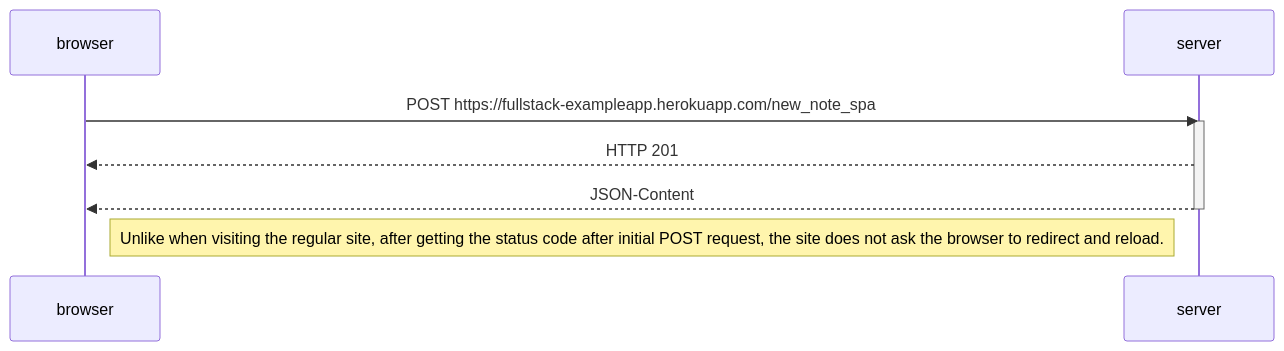
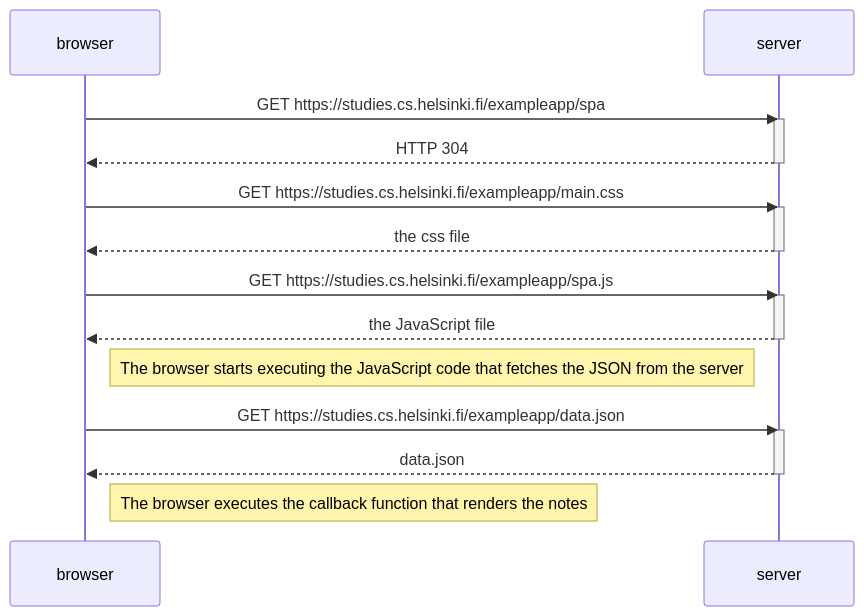
Before and after one commit to noreasonpng/FullStack_PalautusRepo: the diagram in Osa0/0.5.md, drawn with Mermaid.

````diff
--- a/Osa0/0.5.md
+++ b/Osa0/0.5.md
@@ -1,14 +1,30 @@
 ```mermaid
 sequenceDiagram
     participant browser
     participant server
     
-    browser->>server: POST https://fullstack-exampleapp.herokuapp.com/new_note_spa
+    browser->>server: GET https://studies.cs.helsinki.fi/exampleapp/spa
     activate server
-    server-->>browser: HTTP 201
-    server-->>browser: JSON-Content
+    server-->>browser: HTTP 304
     deactivate server
+    
+    browser->>server: GET https://studies.cs.helsinki.fi/exampleapp/main.css
+    activate server
+    server-->>browser: the css file
+    deactivate server
+    
+    browser->>server: GET https://studies.cs.helsinki.fi/exampleapp/spa.js
+    activate server
+    server-->>browser: the JavaScript file
+    deactivate server
+    
+    Note right of browser: The browser starts executing the JavaScript code that fetches the JSON from the server
+    
+    browser->>server: GET https://studies.cs.helsinki.fi/exampleapp/data.json
+    activate server
+    server-->>browser: data.json
+    deactivate server    
 
-    Note right of browser: Unlike when visiting the regular site, after getting the status code after initial POST request, the site does not ask the browser to redirect and reload.
+    Note right of browser: The browser executes the callback function that renders the notes 
     
 ```
````
